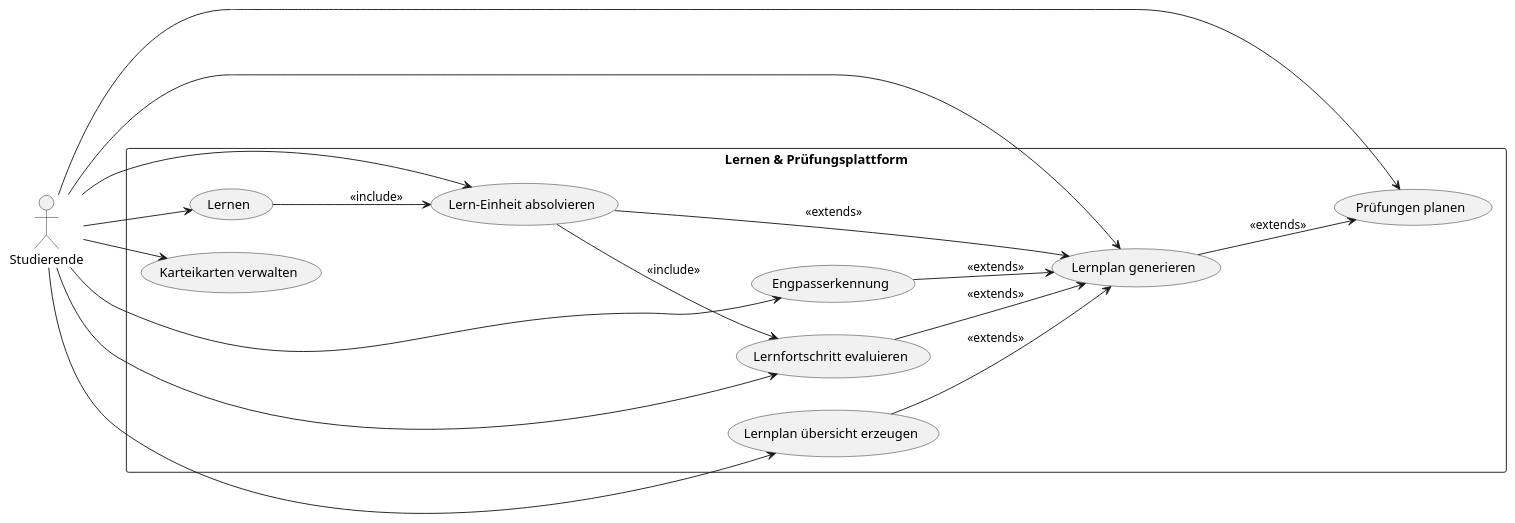
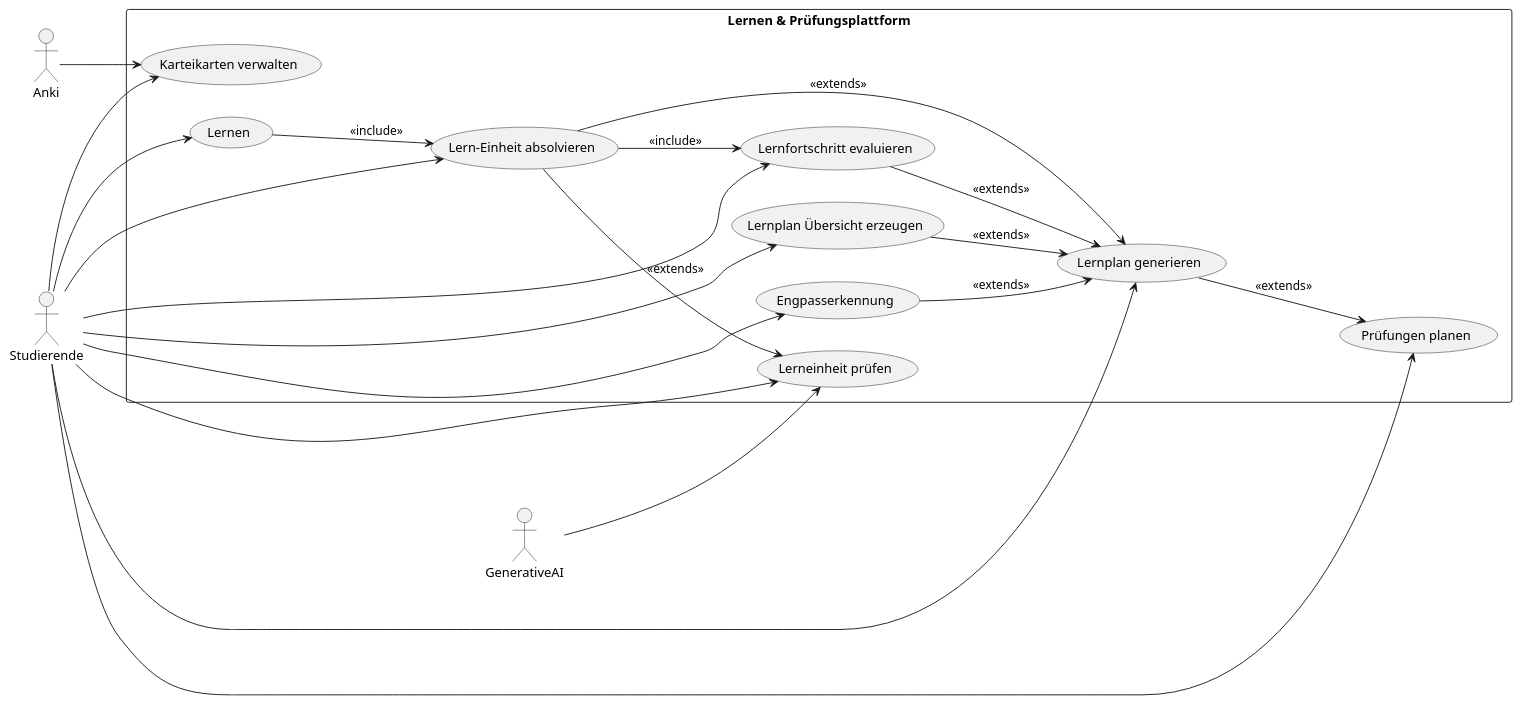
One commit to BjoernMalzacher/MyStudium_SWE_Labor changed the diagram in PLant uml digramme/Use_case_UML.puml. Above: the diagram before and after it, drawn with PlantUML. The commit also changed 9 other files, not shown here.

```diff
--- a/PLant uml digramme/Use_case_UML.puml
+++ b/PLant uml digramme/Use_case_UML.puml
@@ -1,58 +1,66 @@
 @startuml Use Case Übersicht
 left to right direction
 skinparam packageStyle rectangle
 
 actor "Studierende" as Student
+actor "GenerativeAI" as AI
+actor "Anki" as Anki
 
 package "Lernen & Prüfungsplattform" {
 
     usecase "Lern-Einheit absolvieren" as lernen
     usecase "Prüfungen planen" as pruefungstermine_planen
     usecase "Lernfortschritt evaluieren" as lernfortschritt /' nicht relevant als usecase'/
     usecase "Karteikarten verwalten" as karteikarten
-    usecase "Lernplan übersicht erzeugen" as lernplan_ansehen
+    usecase "Lernplan Übersicht erzeugen" as lernplan_ansehen
     usecase "Lernplan generieren" as lernplan_generieren
     usecase "Engpasserkennung" as engpasserkennung /'Verb hinzufügen/rausnehemn'/
     usecase "Lernen" as Aktiv_Lernen    
+    usecase "Lerneinheit prüfen" as pruefen
 }
 
 Student --> lernen
 Student --> Aktiv_Lernen
 Student --> pruefungstermine_planen
 Student --> lernfortschritt
 Student --> lernplan_generieren
 Student --> karteikarten
 Student --> lernplan_ansehen
 Student --> engpasserkennung
+Student --> pruefen
+
+AI --> pruefen
+
+Anki --> karteikarten
 
 /'precondtion statt include'/
 lernen --> lernplan_generieren : <<extends>> 
 
 lernplan_generieren --> pruefungstermine_planen : <<extends>>
 
 
 engpasserkennung --> lernplan_generieren : <<extends>>
 
 lernplan_ansehen --> lernplan_generieren : <<extends>>
 
 lernfortschritt --> lernplan_generieren : <<extends>>
 
 Aktiv_Lernen --> lernen : <<include>>
 
 lernen --> lernfortschritt: <<include>>
 
-
+lernen --> pruefen: <<extends>>
 
 /'
 Prüfungstermine verwalten: Grundlage der software	
 Lernmaterial verwalten: Funktion nicht notwendig	
 Lernplan erstellen: Grundlage der software	
 Lernfortschritt anzeigen: Nicht notwendig für Kernfuktion	
 Tagesplan verwalten: Lernfortschritt eintragen notwendig	
 Karteikarten verwalten: nice to have 	
 Lernplan zugreifen: abhängigkeit nicht gegeben	
 Lernplan generieren: notwendig für Lernfortschritt	
 Engpasserkennung und Wiederholungsvorschläge: halt dich an lernplan	
 '/
 
 @enduml
```
